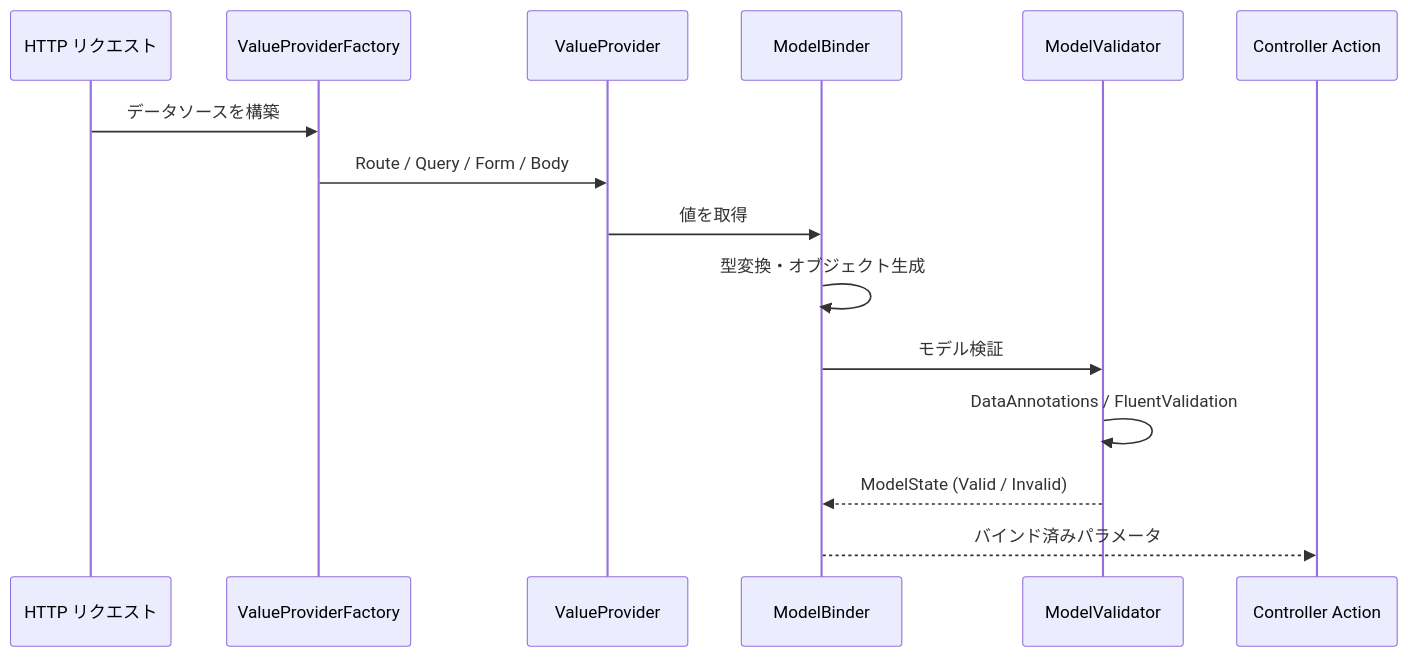
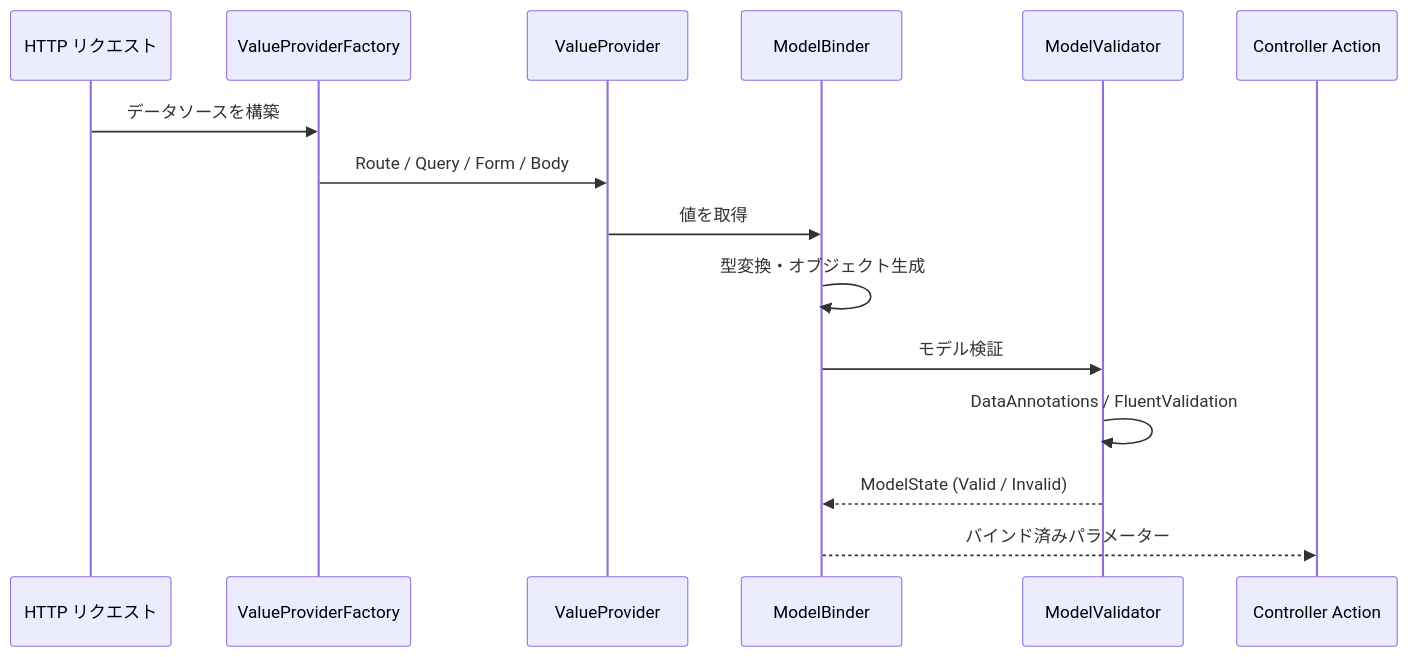
Diagram 13 of 20 in content/blog/ja/aspnet-core-architecture.mdx (yoichiozaki/yoichiozaki.github.io), drawn with Mermaid before and after one commit. The commit also changed other lines of this file and 117 other files, not shown here.

````diff
--- a/content/blog/ja/aspnet-core-architecture.mdx
+++ b/content/blog/ja/aspnet-core-architecture.mdx
@@ -521,18 +521,18 @@
 ```mermaid
 sequenceDiagram
     participant HTTP as HTTP リクエスト
     participant VPF as ValueProviderFactory
     participant VP as ValueProvider
     participant MB as ModelBinder
     participant Val as ModelValidator
     participant Action as Controller Action
 
     HTTP->>VPF: データソースを構築
     VPF->>VP: Route / Query / Form / Body
     VP->>MB: 値を取得
     MB->>MB: 型変換・オブジェクト生成
     MB->>Val: モデル検証
     Val->>Val: DataAnnotations / FluentValidation
     Val-->>MB: ModelState (Valid / Invalid)
-    MB-->>Action: バインド済みパラメータ
+    MB-->>Action: バインド済みパラメーター
 ```
````
